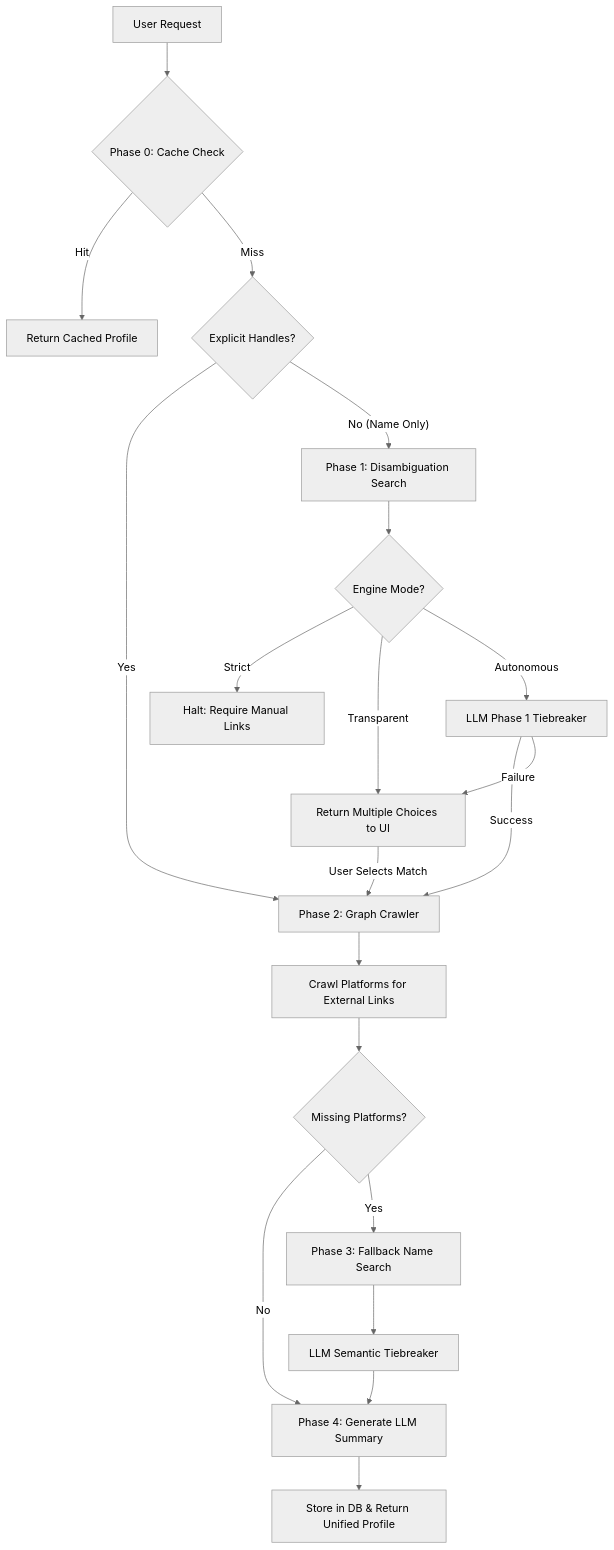
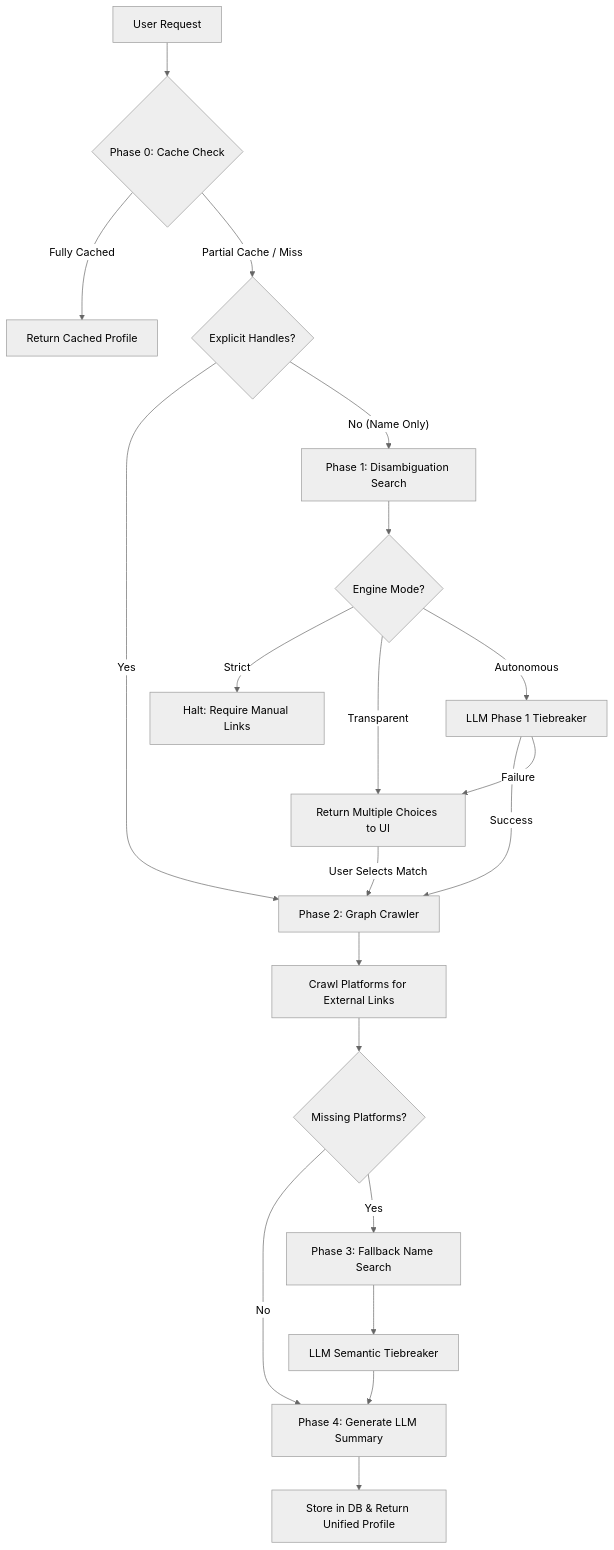
The diagram in README.md (Niteshkrjhag/Dev-Profile-Unifier), drawn with Mermaid (neutral theme) before and after one commit. The commit also changed other lines of this file, not shown here.

Commit message:
docs: Correct cache logic representation in README

````diff
--- a/README.md
+++ b/README.md
@@ -27,28 +27,28 @@
 ```mermaid
 graph TD
     A[User Request] --> B{Phase 0: Cache Check}
-    B -- Hit --> C[Return Cached Profile]
-    B -- Miss --> D{Explicit Handles?}
+    B -- Fully Cached --> C[Return Cached Profile]
+    B -- Partial Cache / Miss --> D{Explicit Handles?}
     
     D -- Yes --> F[Phase 2: Graph Crawler]
     D -- No (Name Only) --> E[Phase 1: Disambiguation Search]
     
     E --> E1{Engine Mode?}
     E1 -- Strict --> E2[Halt: Require Manual Links]
     E1 -- Transparent --> E3[Return Multiple Choices to UI]
     E1 -- Autonomous --> E4[LLM Phase 1 Tiebreaker]
     
     E4 -- Success --> F
     E4 -- Failure --> E3
     E3 -- User Selects Match --> F
     
     F --> G[Crawl Platforms for External Links]
     G --> I{Missing Platforms?}
     
     I -- No --> L[Phase 4: Generate LLM Summary]
     I -- Yes --> J[Phase 3: Fallback Name Search]
     J --> K[LLM Semantic Tiebreaker]
     K --> L
     
     L --> M[Store in DB & Return Unified Profile]
 ```
````
